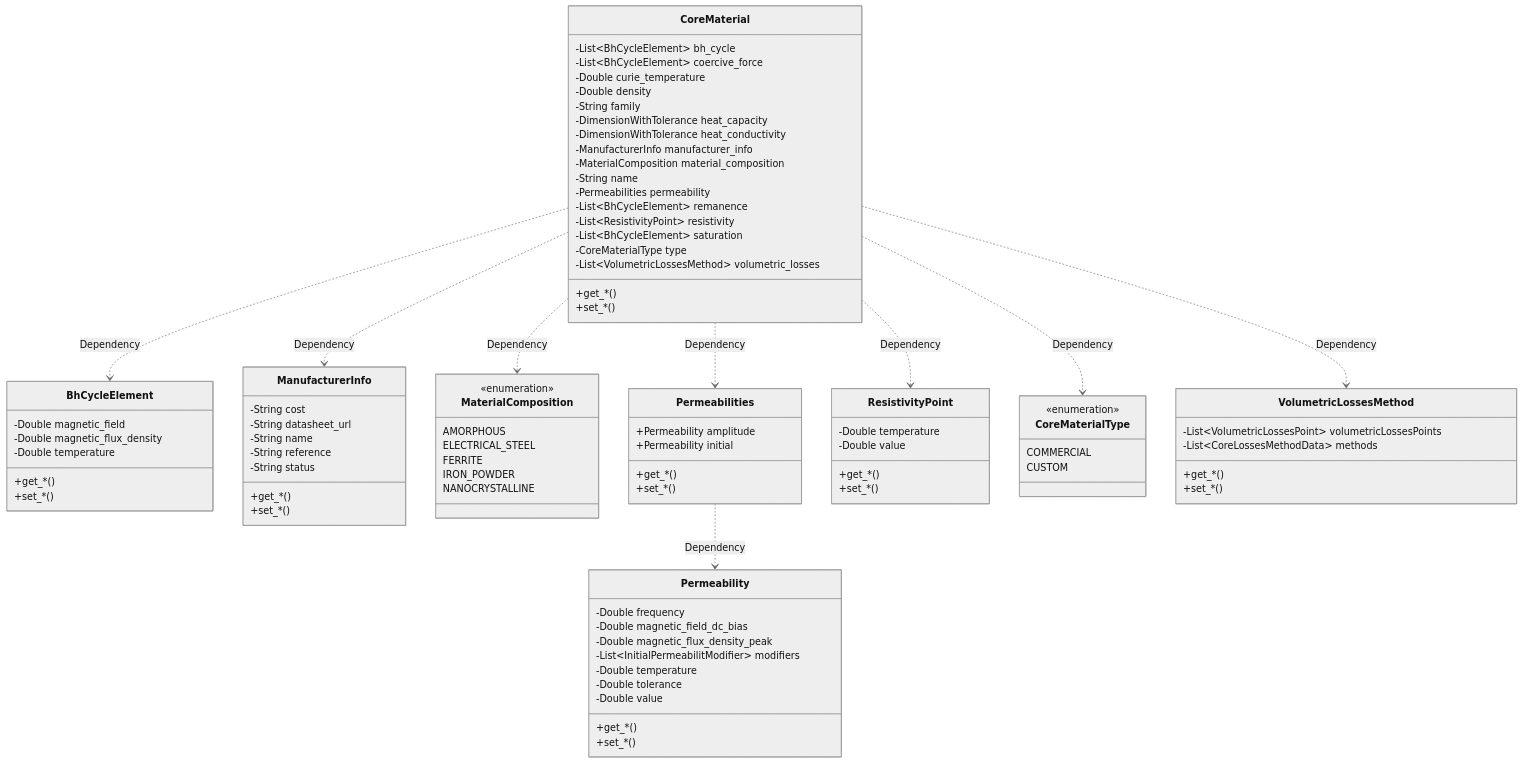
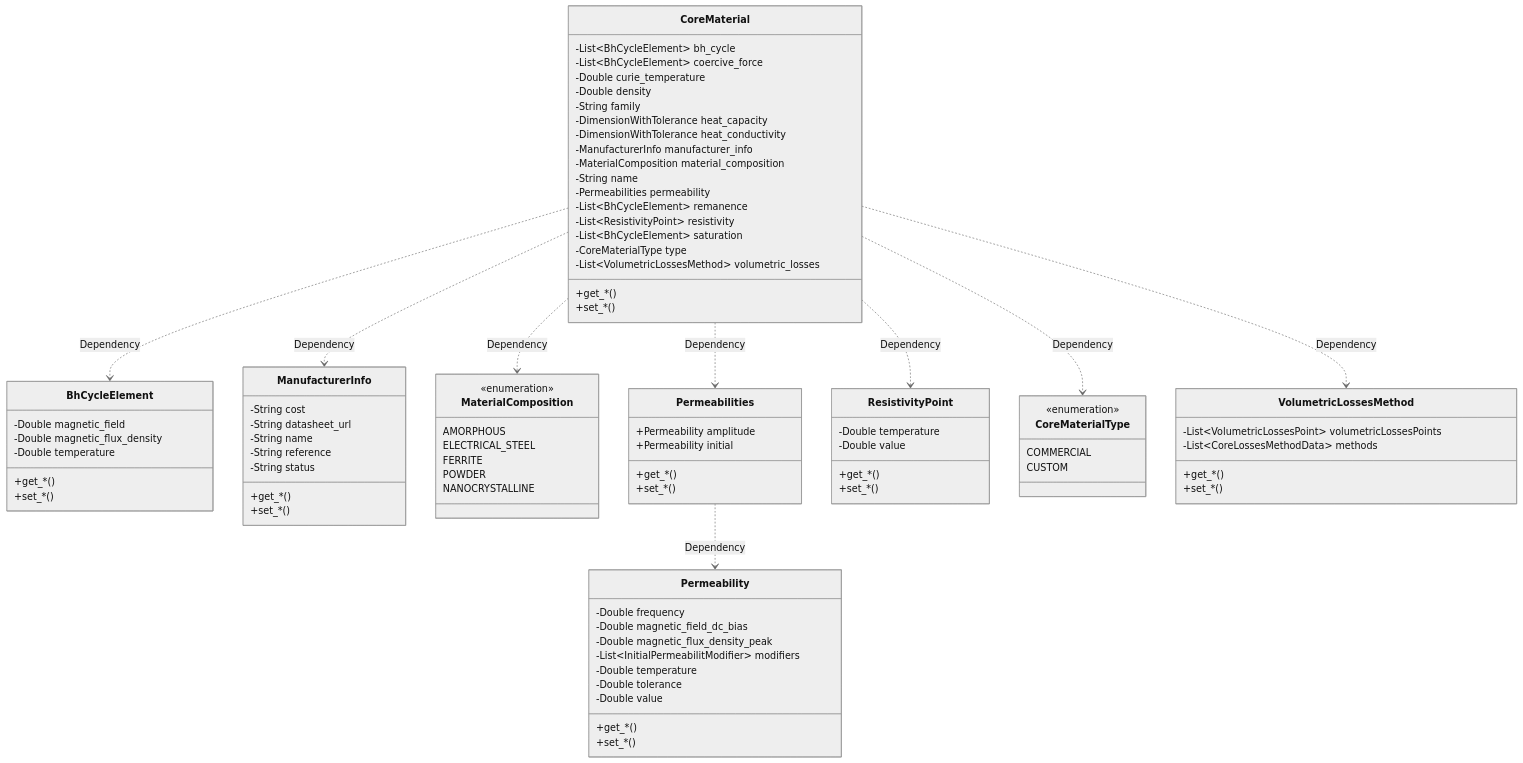
The fourth of 8 diagrams in docs/magnetic/core.md (OpenMagnetics/MAS), drawn with Mermaid (neutral theme) before and after one commit. The commit also changed other lines of this file, not shown here.

```diff
--- a/docs/magnetic/core.md
+++ b/docs/magnetic/core.md
@@ -405,7 +405,7 @@
     AMORPHOUS
     ELECTRICAL_STEEL
     FERRITE
-    IRON_POWDER
+    POWDER
     NANOCRYSTALLINE
 }
 
```
